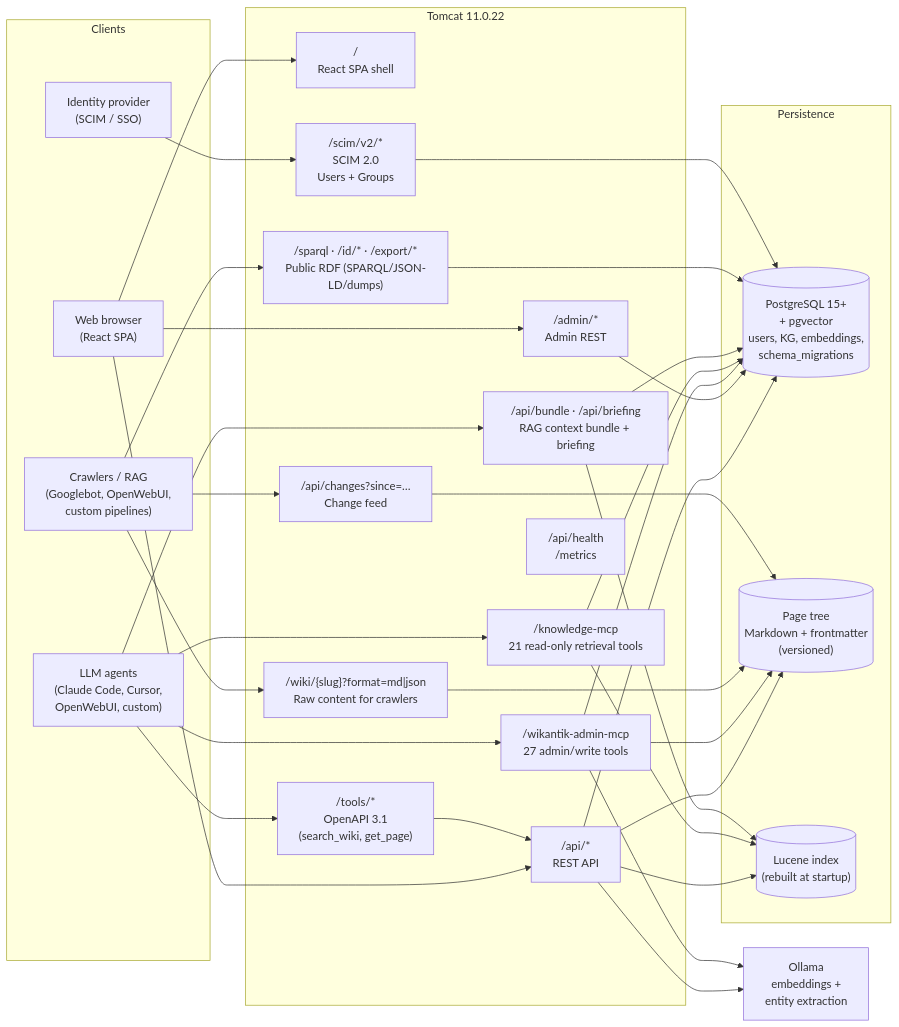
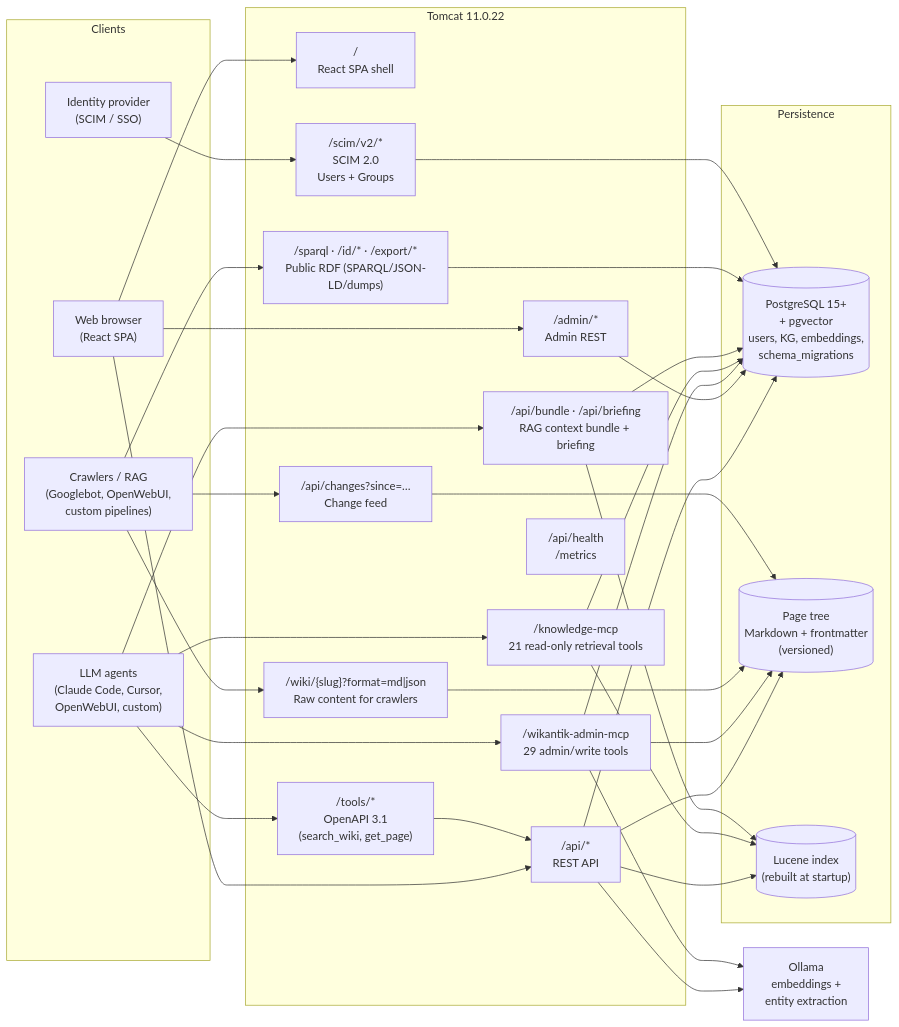
One commit to jakefearsd/wikantik changed the diagram in README.md. Above: the diagram before and after it, drawn with Mermaid. The commit also changed other lines of this file and 47 other files, not shown here.

````diff
--- a/README.md
+++ b/README.md
@@ -104,63 +104,63 @@
 ```mermaid
 flowchart LR
     subgraph clients [Clients]
         Browser["Web browser<br/>(React SPA)"]
         Agent["LLM agents<br/>(Claude Code, Cursor,<br/>OpenWebUI, custom)"]
         Crawler["Crawlers / RAG<br/>(Googlebot, OpenWebUI,<br/>custom pipelines)"]
         IdP["Identity provider<br/>(SCIM / SSO)"]
     end
 
     subgraph tomcat [Tomcat 11.0.22]
         SPA["/<br/>React SPA shell"]
         REST["/api/*<br/>REST API"]
         Admin["/admin/*<br/>Admin REST"]
         Raw["/wiki/{slug}?format=md|json<br/>Raw content for crawlers"]
         Changes["/api/changes?since=…<br/>Change feed"]
         Bundle["/api/bundle · /api/briefing<br/>RAG context bundle + briefing"]
-        AdminMCP["/wikantik-admin-mcp<br/>27 admin/write tools"]
+        AdminMCP["/wikantik-admin-mcp<br/>29 admin/write tools"]
         KnowMCP["/knowledge-mcp<br/>21 read-only retrieval tools"]
         Tools["/tools/*<br/>OpenAPI 3.1<br/>(search_wiki, get_page)"]
         RDF["/sparql · /id/* · /export/*<br/>Public RDF (SPARQL/JSON-LD/dumps)"]
         Scim["/scim/v2/*<br/>SCIM 2.0<br/>Users + Groups"]
         Health["/api/health<br/>/metrics"]
     end
 
     subgraph data [Persistence]
         PG[("PostgreSQL 15+<br/>+ pgvector<br/>users, KG, embeddings,<br/>schema_migrations")]
         Pages[("Page tree<br/>Markdown + frontmatter<br/>(versioned)")]
         Lucene[("Lucene index<br/>(rebuilt at startup)")]
     end
 
     Ollama["Ollama<br/>embeddings +<br/>entity extraction"]
 
     Browser --> SPA
     Browser --> REST
     Browser --> Admin
     Crawler --> Raw
     Crawler --> Changes
     Crawler --> RDF
     Agent --> AdminMCP
     Agent --> KnowMCP
     Agent --> Tools
     Agent --> Bundle
     IdP --> Scim
 
     REST --> PG
     REST --> Pages
     REST --> Lucene
     Admin --> PG
     AdminMCP --> PG
     AdminMCP --> Pages
     KnowMCP --> PG
     KnowMCP --> Lucene
     Bundle --> PG
     Bundle --> Lucene
     RDF --> PG
     Raw --> Pages
     Changes --> Pages
     Tools --> REST
     Scim --> PG
 
     REST --> Ollama
     AdminMCP --> Ollama
 ```
````
